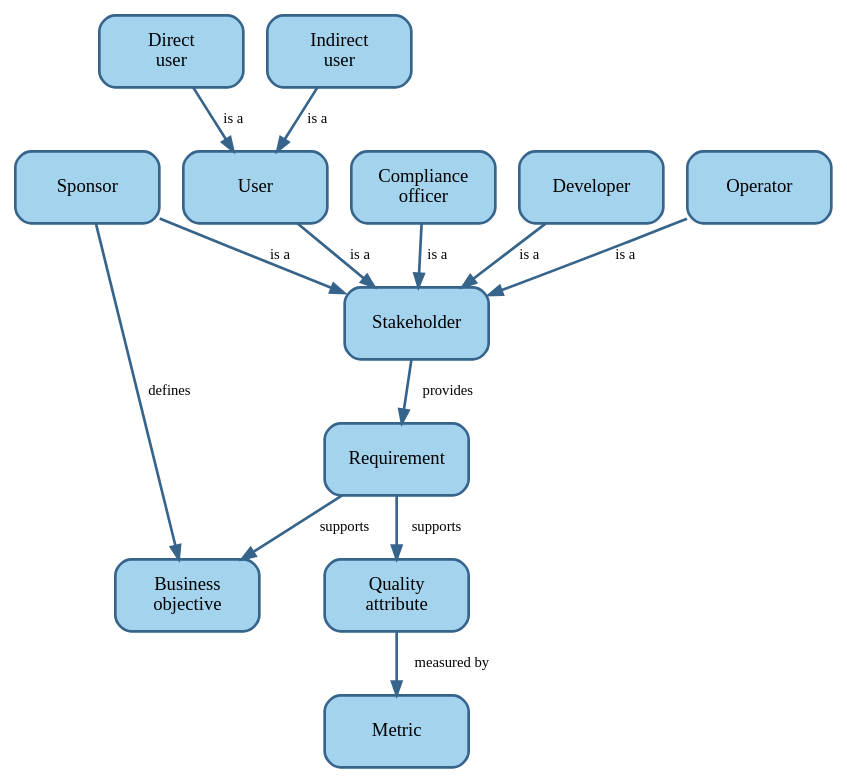
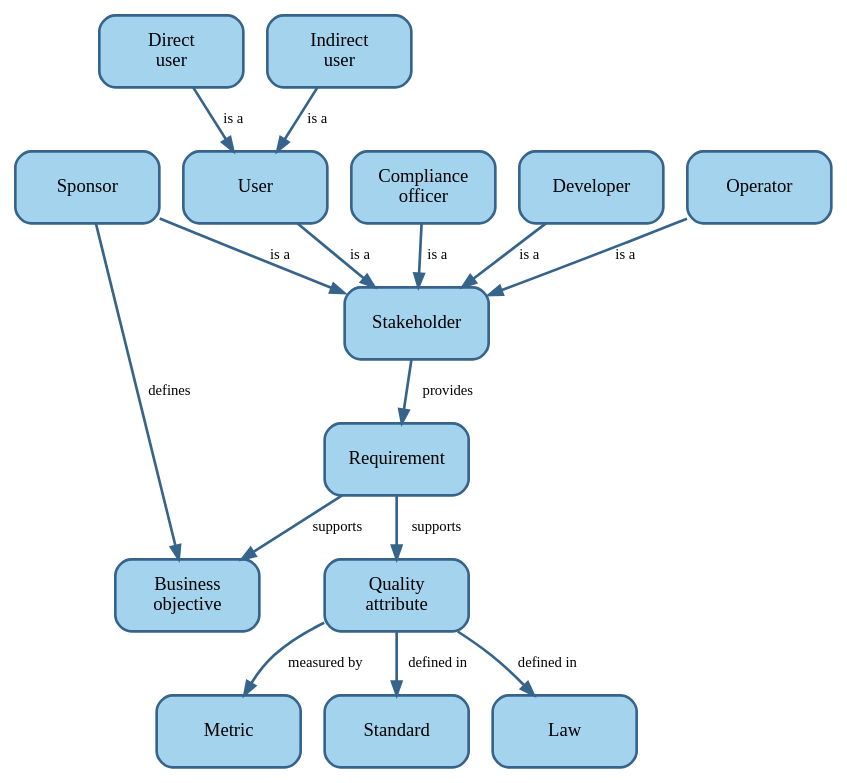
One commit to setms/book changed the diagram in docs/requirements/concepts.md. Above: the diagram before and after it, drawn with Graphviz. The commit also changed 4 other files, not shown here.

````diff
--- a/docs/requirements/concepts.md
+++ b/docs/requirements/concepts.md
@@ -3,28 +3,30 @@
 ```dot process
 digraph requirements_concept_map {
   node [shape=rect, style="rounded,filled", fixedsize=true, width=1.5, height=0.75, fillcolor=lightskyblue2,
     color=steelblue4, penwidth=2];
   edge [fontsize=11, color=steelblue4, penwidth=2];
 
   Sponsor;
   DU [label="Direct\nuser"];
   IU [label="Indirect\nuser"];
   User;
   Compliance [label="Compliance\nofficer"];
   Illity [label="Quality\nattribute"];
   BO [label="Business\nobjective"];
 
   Sponsor -> Stakeholder [label="is a"];
   Sponsor -> BO [label=" defines"];
   DU -> User [label="is a"];
   IU -> User [label="is a"];
   User -> Stakeholder [label="is a"];
   Compliance -> Stakeholder [label=" is a"];
   Developer -> Stakeholder [label="is a"];
   Operator -> Stakeholder [label="is a"];
   Stakeholder -> Requirement [label="  provides"];
   Requirement -> Illity [label="  supports"];
-  Requirement -> BO [label="  supports"];
-  Illity -> Metric [label="  measured by"];
+  Requirement -> BO [label="supports"];
+  Illity -> Metric [label="measured by    "];
+  Illity -> Standard [label=" defined in  "];
+  Illity -> Law [label="defined in"];
 }
 ```
````
